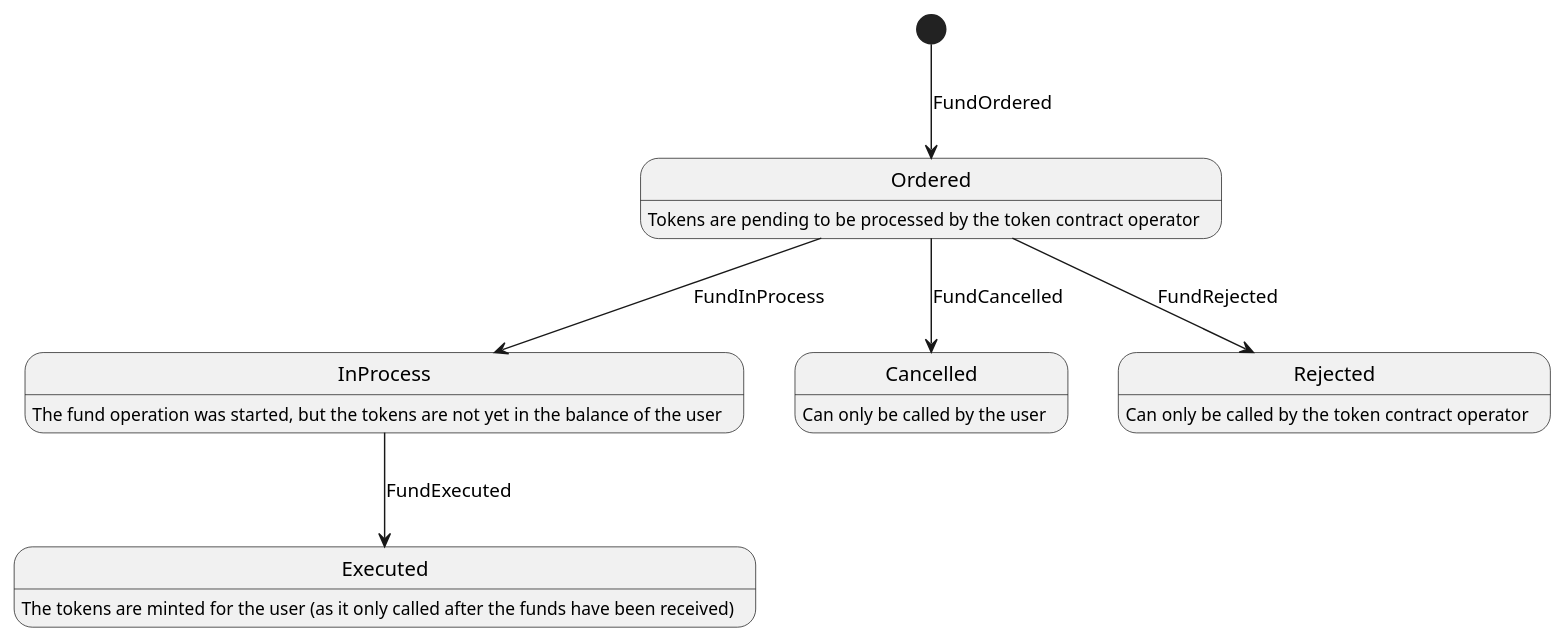
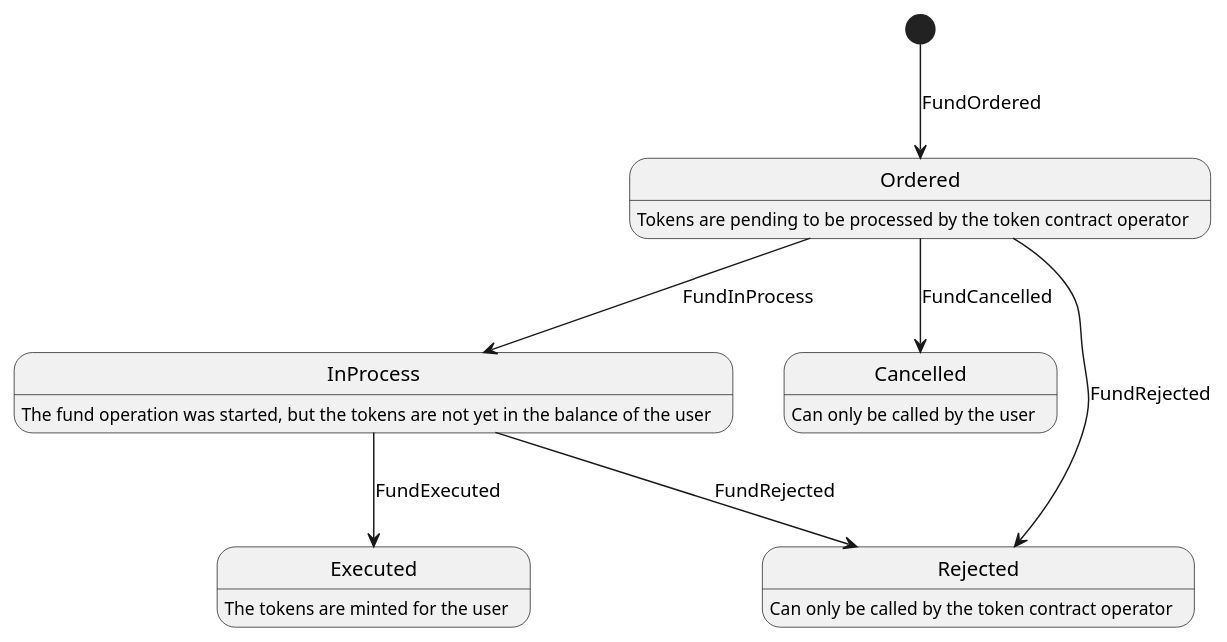
One commit to IoBuilders/fundable-token changed the diagram in diagrams/state_diagram.puml. Above: the diagram before and after it, drawn with PlantUML. The commit also changed 1 other file, not shown here.

Commit message:
Update diagrams with Daniel comments

```diff
--- a/diagrams/state_diagram.puml
+++ b/diagrams/state_diagram.puml
@@ -1,12 +1,13 @@
 @startuml
 [*] --> Ordered: FundOrdered
 Ordered --> InProcess: FundInProcess
 Ordered: Tokens are pending to be processed by the token contract operator
 InProcess: The fund operation was started, but the tokens are not yet in the balance of the user
 InProcess --> Executed: FundExecuted
-Executed: The tokens are minted for the user (as it only called after the funds have been received)
+Executed: The tokens are minted for the user
 Ordered --> Cancelled: FundCancelled
 Cancelled: Can only be called by the user
 Ordered --> Rejected: FundRejected
+InProcess --> Rejected: FundRejected
 Rejected: Can only be called by the token contract operator
 @enduml
```
